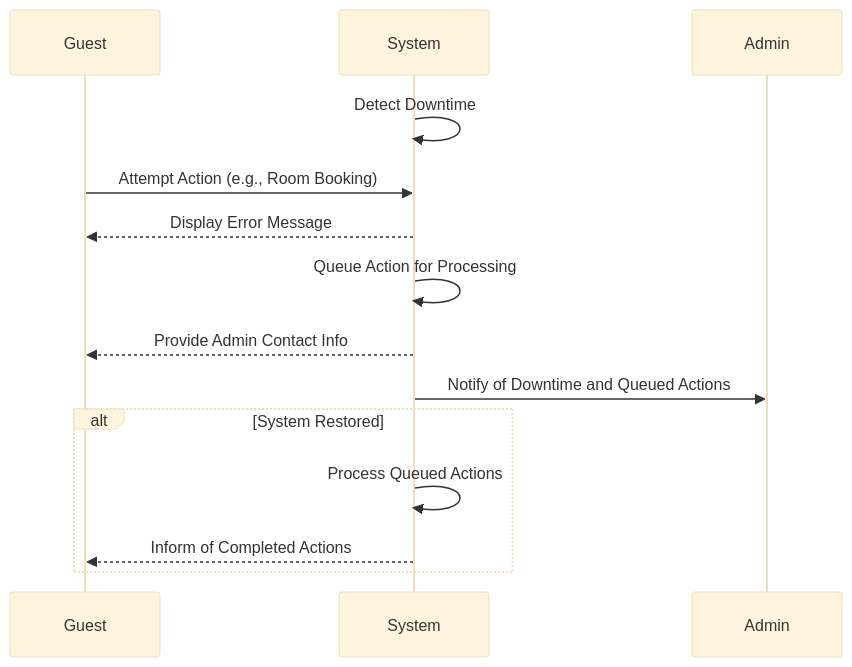
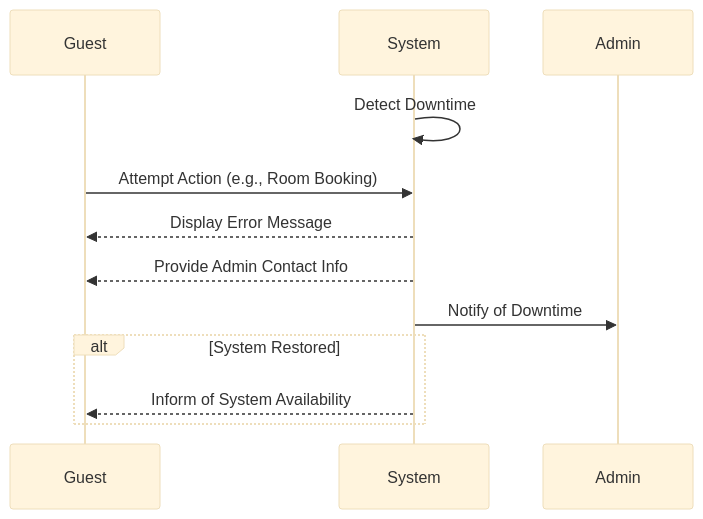
Before and after one commit to and1teachera/wedding-site: diagram 18 of 42 in docs/use_cases.md, drawn with Mermaid (base theme). The commit also changed other lines of this file and 3 other files, not shown here.

````diff
--- a/docs/use_cases.md
+++ b/docs/use_cases.md
@@ -707,17 +682,15 @@
 ``` mermaid
 sequenceDiagram
     participant Guest
     participant System
     participant Admin
 
     System->>System: Detect Downtime
     Guest->>System: Attempt Action (e.g., Room Booking)
     System-->>Guest: Display Error Message
-    System->>System: Queue Action for Processing
     System-->>Guest: Provide Admin Contact Info
-    System->>Admin: Notify of Downtime and Queued Actions
+    System->>Admin: Notify of Downtime
     alt System Restored
-        System->>System: Process Queued Actions
-        System-->>Guest: Inform of Completed Actions
+        System-->>Guest: Inform of System Availability
     end
 ```
````
